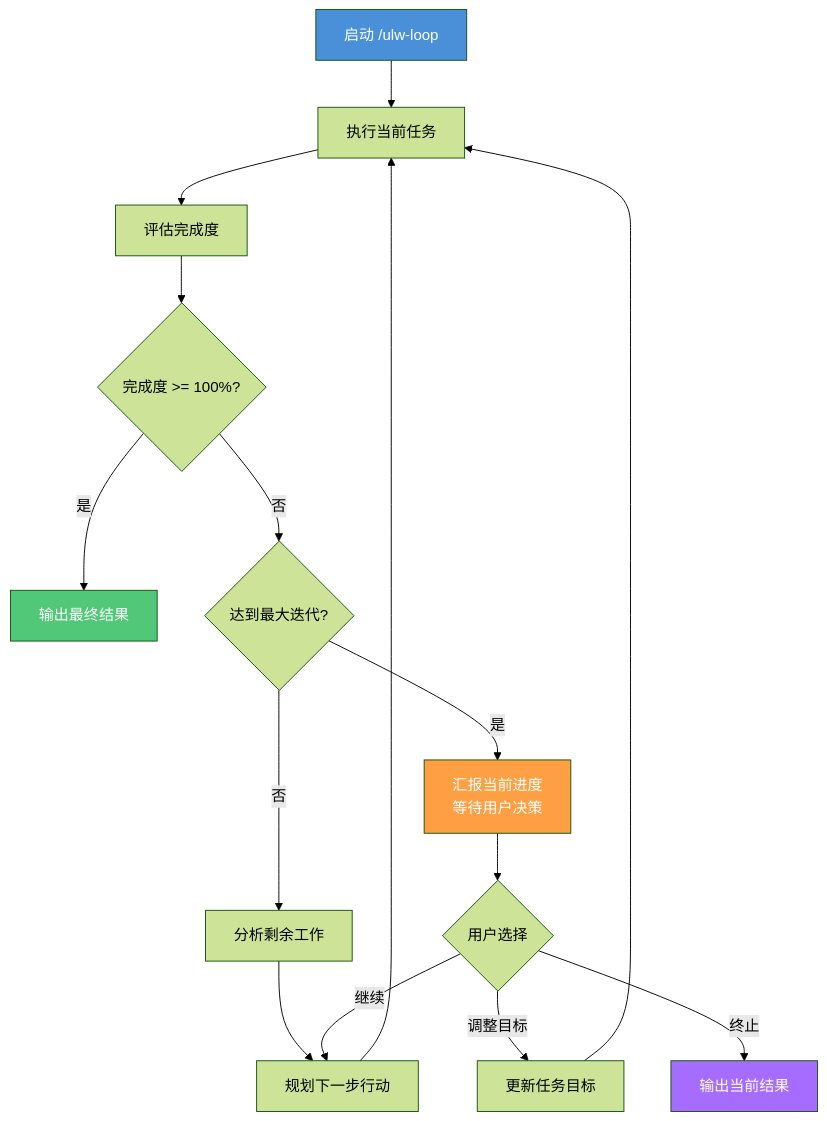
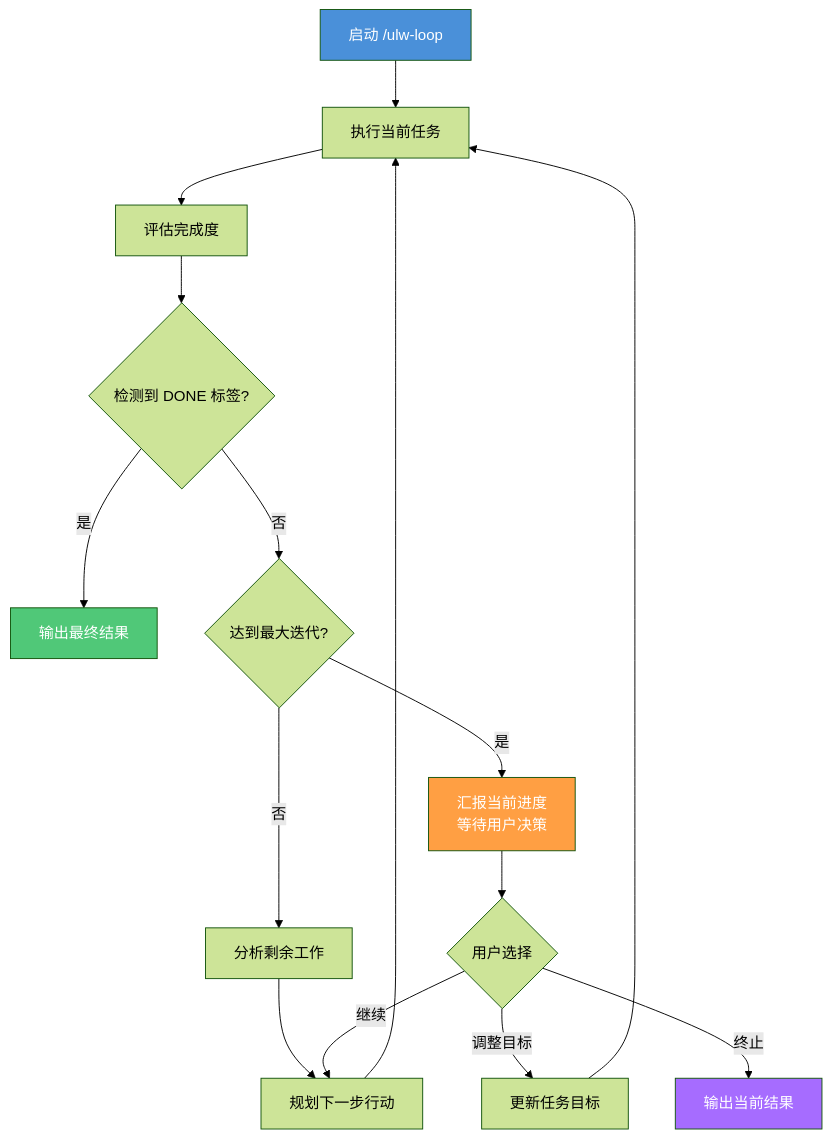
Before and after one commit to tonydeng/harness-engineering-from-oc-to-ai-coding: the third of 3 diagrams in src/04-workflows/ultrawork-mode.md, drawn with Mermaid (forest theme). The commit also changed other lines of this file and 331 other files, not shown here.

````diff
--- a/src/04-workflows/ultrawork-mode.md
+++ b/src/04-workflows/ultrawork-mode.md
@@ -280,23 +269,23 @@
 ```mermaid
 flowchart TB
     A[启动 /ulw-loop] --> B[执行当前任务]
     B --> C[评估完成度]
-    C --> D{完成度 >= 100%?}
+    C --> D{检测到 DONE 标签?}
     D -->|是| E[输出最终结果]
     D -->|否| F{达到最大迭代?}
     F -->|是| G[汇报当前进度<br/>等待用户决策]
     F -->|否| H[分析剩余工作]
     H --> I[规划下一步行动]
     I --> B
 
     G --> J{用户选择}
     J -->|继续| I
     J -->|调整目标| K[更新任务目标]
     K --> B
     J -->|终止| L[输出当前结果]
 
     style A fill:#4A90D9,color:#fff
     style E fill:#50C878,color:#fff
     style G fill:#FF9F43,color:#fff
     style L fill:#A66CFF,color:#fff
 ```
````
